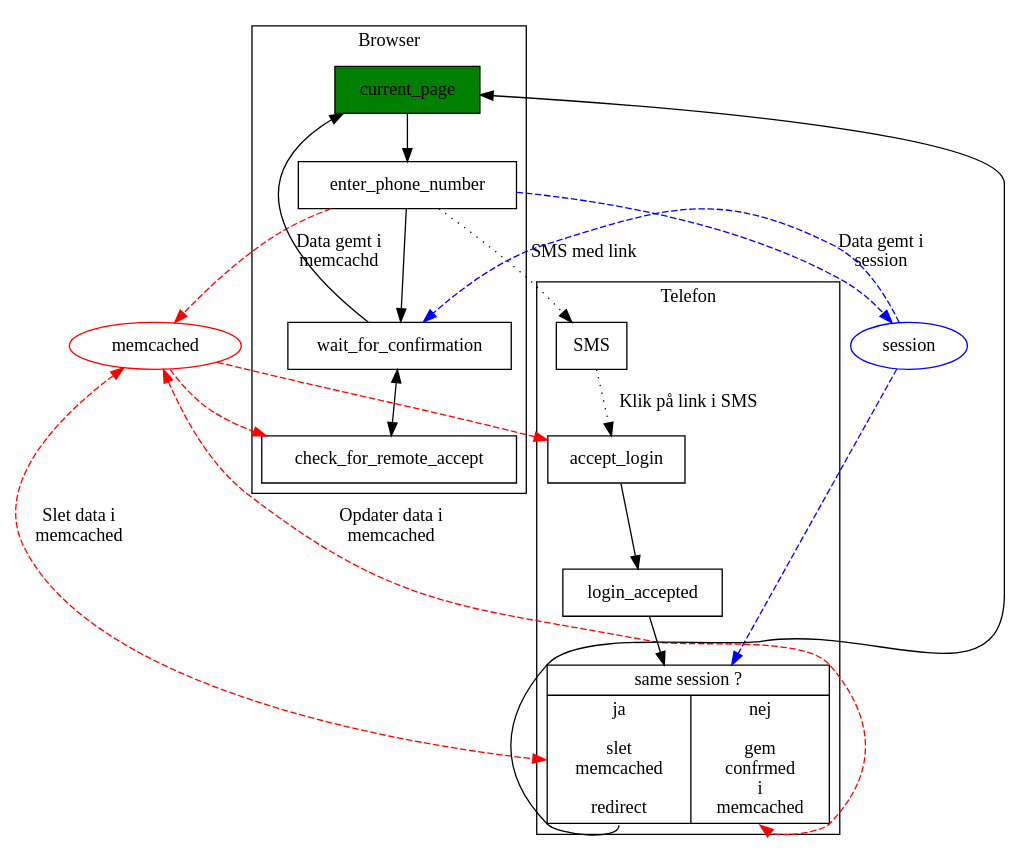
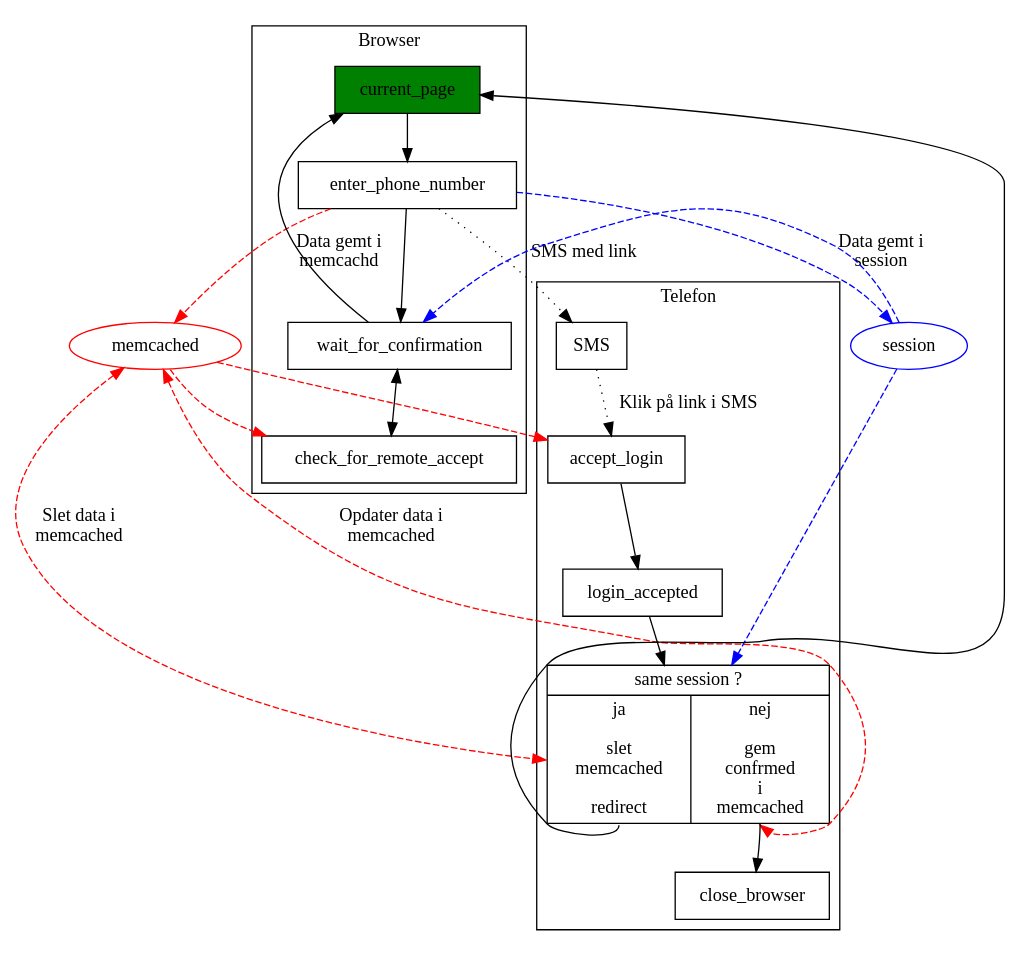
The diagram in projekter/sms-login.dot (alslug/alslug.dk), drawn with Graphviz before and after one commit.

```diff
--- a/projekter/sms-login.dot
+++ b/projekter/sms-login.dot
@@ -1,32 +1,33 @@
 digraph xxx {
   node [ shape=box ];
   {
     edge [ style=dashed color=red ];
     enter_phone_number -> memcached [ label="Data gemt i \nmemcachd"]; /////
                           memcached [ shape=ellipse color=red ];
                           memcached -> check_for_remote_accept;
                           memcached -> accept_login;
                           memcached -> same_session:ja [ label = "Slet data i \nmemcached" dir=both ];
                           memcached -> same_session:nej [ label = "Opdater data i \nmemcached" dir=both ];
     edge [ style=dashed color=blue ];
         enter_phone_number -> session [ label="Data gemt i \nsession"];    /////
                               session [ shape=ellipse color=blue ];
                               session -> wait_for_confirmation;
                               session -> same_session;
   }
   subgraph cluster_browser {
     label = "Browser";
     current_page [ style=filled fillcolor=green ];
     current_page -> enter_phone_number -> wait_for_confirmation;
                                           wait_for_confirmation -> check_for_remote_accept [ dir=both ];
     current_page -> wait_for_confirmation [ dir=back ];
   }
   subgraph cluster_telefon {
     label = "Telefon";
     same_session [ shape=record label="{same session ?|{ <ja> ja \n \n slet \n memcached \n \n redirect | <nej> nej \n \n gem \n confrmed \n i \n memcached}}" ];
     SMS -> accept_login [ style=dotted label="Klik på link i SMS" ];
            accept_login -> login_accepted-> same_session;
                             current_page -> same_session:ja [ dir=back ];
+                                            same_session:nej -> close_browser;
   }
   enter_phone_number -> SMS [ style= dotted label="SMS med link"];
 }
```
